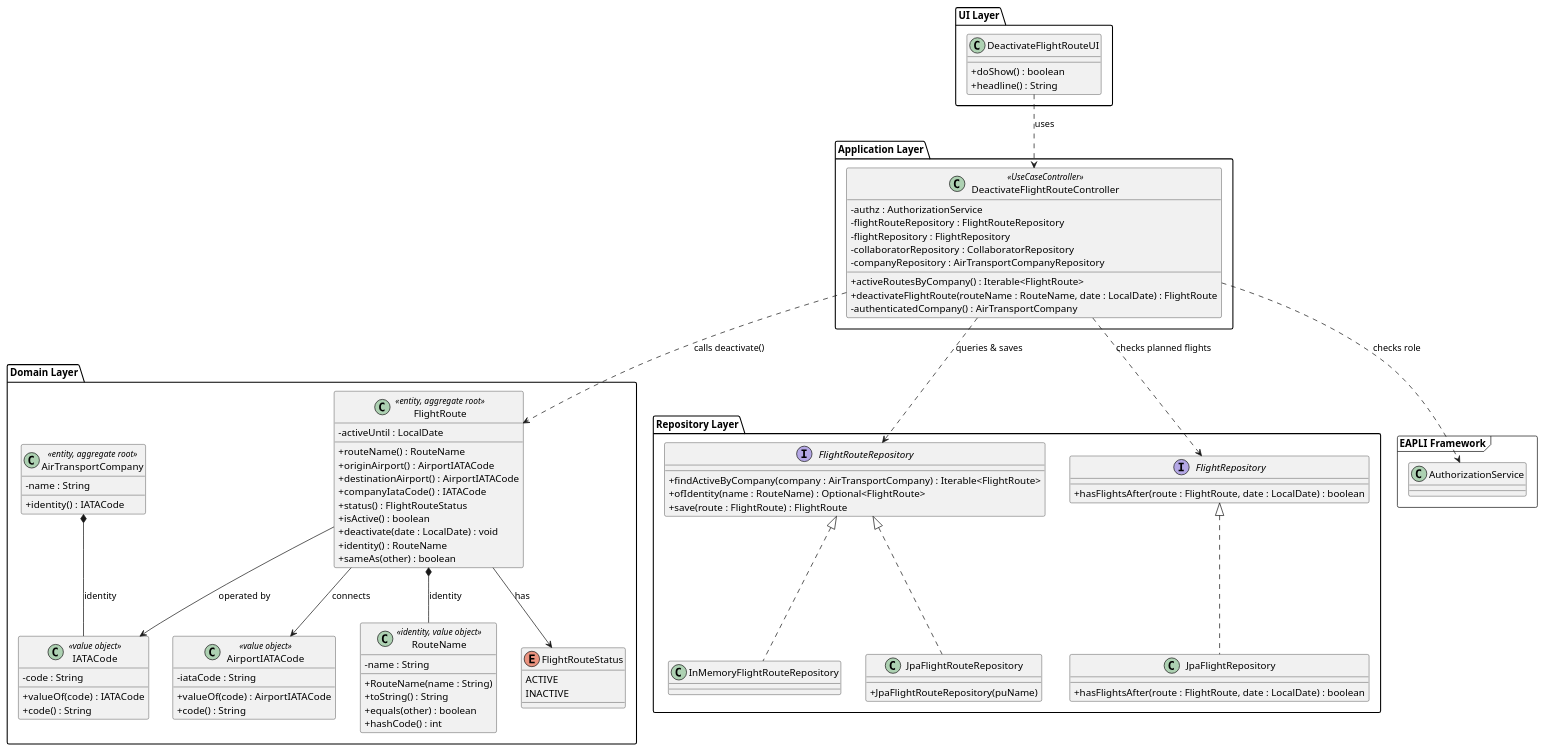
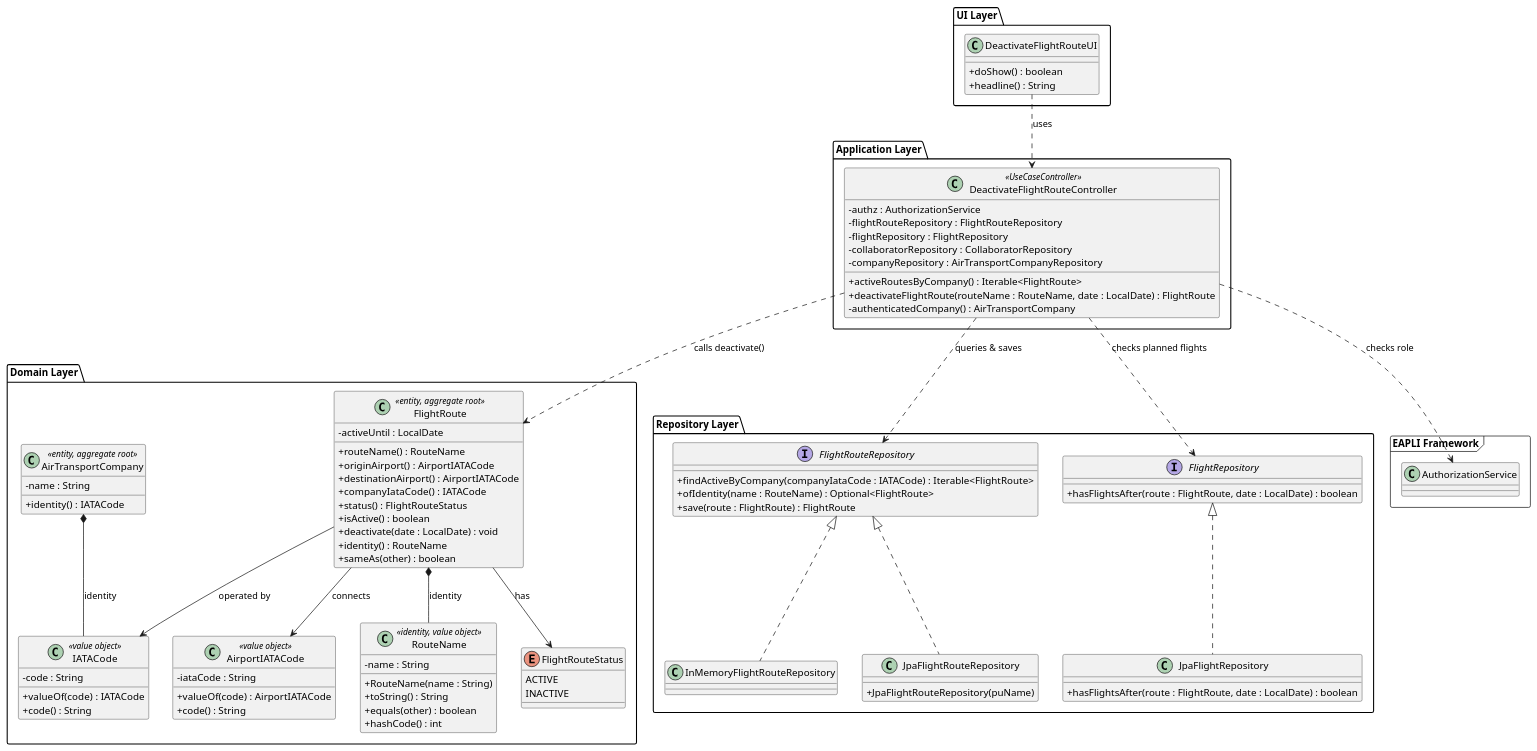
One commit to brunodspinto/aisafe changed the diagram in aisafe.base/docs/user-stories/us074/puml/US074-class-diagram.puml. Above: the diagram before and after it, drawn with PlantUML. The commit also changed 3 other files, not shown here.

Commit message:
#58 doc: update findActiveByCompany method signature to use IATACode

```diff
--- a/aisafe.base/docs/user-stories/us074/puml/US074-class-diagram.puml
+++ b/aisafe.base/docs/user-stories/us074/puml/US074-class-diagram.puml
@@ -1,114 +1,114 @@
 @startuml class-diagram-us074
 skinparam shadowing false
 skinparam classAttributeIconSize 0
 
 package "UI Layer" {
     class DeactivateFlightRouteUI {
         +doShow() : boolean
         +headline() : String
     }
 }
 
 package "Application Layer" {
     class DeactivateFlightRouteController <<UseCaseController>> {
         -authz : AuthorizationService
         -flightRouteRepository : FlightRouteRepository
         -flightRepository : FlightRepository
         -collaboratorRepository : CollaboratorRepository
         -companyRepository : AirTransportCompanyRepository
         +activeRoutesByCompany() : Iterable<FlightRoute>
         +deactivateFlightRoute(routeName : RouteName, date : LocalDate) : FlightRoute
         -authenticatedCompany() : AirTransportCompany
     }
 }
 
 package "Domain Layer" {
     class FlightRoute <<entity, aggregate root>> {
         -activeUntil : LocalDate
         +routeName() : RouteName
         +originAirport() : AirportIATACode
         +destinationAirport() : AirportIATACode
         +companyIataCode() : IATACode
         +status() : FlightRouteStatus
         +isActive() : boolean
         +deactivate(date : LocalDate) : void
         +identity() : RouteName
         +sameAs(other) : boolean
     }
 
     class RouteName <<identity, value object>> {
         -name : String
         +RouteName(name : String)
         +toString() : String
         +equals(other) : boolean
         +hashCode() : int
     }
 
     enum FlightRouteStatus {
         ACTIVE
         INACTIVE
     }
 
     class AirportIATACode <<value object>> {
         -iataCode : String
         +valueOf(code) : AirportIATACode
         +code() : String
     }
 
     class IATACode <<value object>> {
         -code : String
         +valueOf(code) : IATACode
         +code() : String
     }
 
     class AirTransportCompany <<entity, aggregate root>> {
         -name : String
         +identity() : IATACode
     }
 }
 
 package "Repository Layer" {
     interface FlightRouteRepository {
-        +findActiveByCompany(company : AirTransportCompany) : Iterable<FlightRoute>
+        +findActiveByCompany(companyIataCode : IATACode) : Iterable<FlightRoute>
         +ofIdentity(name : RouteName) : Optional<FlightRoute>
         +save(route : FlightRoute) : FlightRoute
     }
 
     interface FlightRepository {
         +hasFlightsAfter(route : FlightRoute, date : LocalDate) : boolean
     }
 
     class InMemoryFlightRouteRepository {
     }
 
     class JpaFlightRouteRepository {
         +JpaFlightRouteRepository(puName)
     }
 
     class JpaFlightRepository {
         +hasFlightsAfter(route : FlightRoute, date : LocalDate) : boolean
     }
 }
 
 package "EAPLI Framework" <<frame>> {
     class AuthorizationService
 }
 
 DeactivateFlightRouteUI ..> DeactivateFlightRouteController : uses
 DeactivateFlightRouteController ..> AuthorizationService : checks role
 DeactivateFlightRouteController ..> FlightRouteRepository : queries & saves
 DeactivateFlightRouteController ..> FlightRepository : checks planned flights
 DeactivateFlightRouteController ..> FlightRoute : calls deactivate()
 
 FlightRoute *-- RouteName : identity
 FlightRoute --> FlightRouteStatus : has
 FlightRoute --> AirportIATACode : connects
 FlightRoute --> IATACode : operated by
 
 AirTransportCompany *-- IATACode : identity
 
 FlightRouteRepository <|.. InMemoryFlightRouteRepository
 FlightRouteRepository <|.. JpaFlightRouteRepository
 FlightRepository <|.. JpaFlightRepository
 
 @enduml
```
